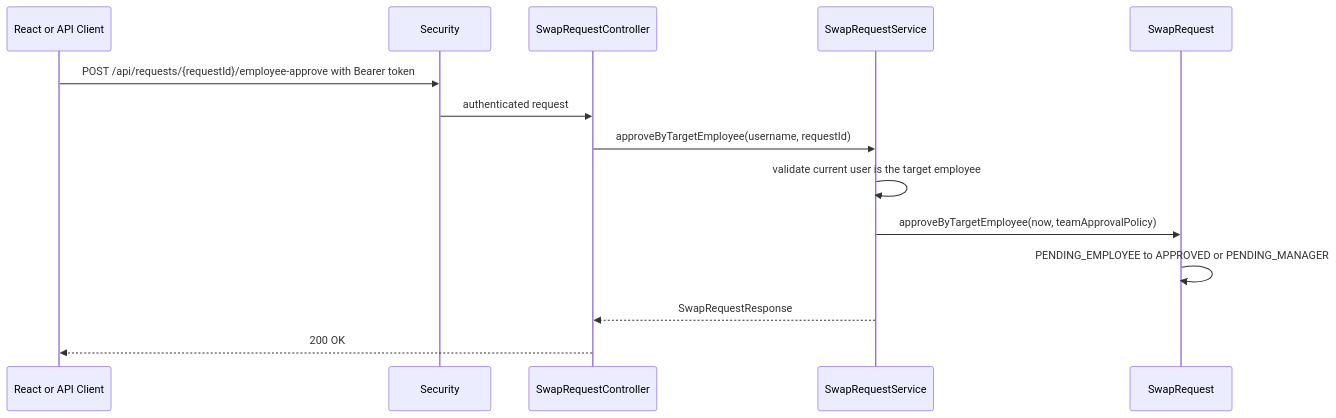
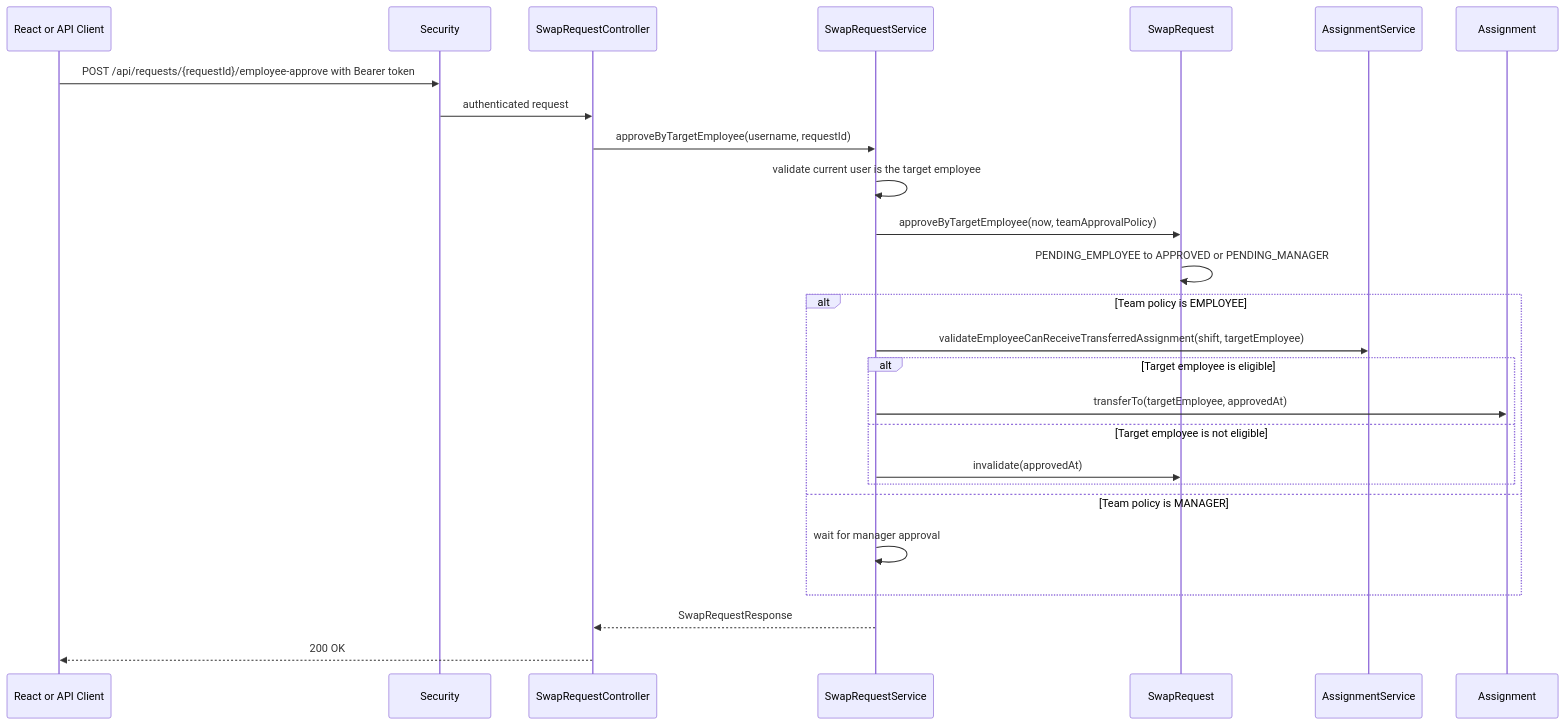
One commit to HiliMor/shift-management-system changed diagram 17 of 18 in docs/current-backend-architecture.md. Above: the diagram before and after it, drawn with Mermaid. The commit also changed 11 other files, not shown here.

Commit message:
Transfer requests: execute employee-policy transfers

````diff
--- a/docs/current-backend-architecture.md
+++ b/docs/current-backend-architecture.md
@@ -589,17 +589,29 @@
 ```mermaid
 sequenceDiagram
     participant Client as React or API Client
     participant Security
     participant SwapRequestController
     participant SwapRequestService
     participant SwapRequest
+    participant AssignmentService
+    participant Assignment
 
     Client->>Security: POST /api/requests/{requestId}/employee-approve with Bearer token
     Security->>SwapRequestController: authenticated request
     SwapRequestController->>SwapRequestService: approveByTargetEmployee(username, requestId)
     SwapRequestService->>SwapRequestService: validate current user is the target employee
     SwapRequestService->>SwapRequest: approveByTargetEmployee(now, teamApprovalPolicy)
     SwapRequest->>SwapRequest: PENDING_EMPLOYEE to APPROVED or PENDING_MANAGER
+    alt Team policy is EMPLOYEE
+        SwapRequestService->>AssignmentService: validateEmployeeCanReceiveTransferredAssignment(shift, targetEmployee)
+        alt Target employee is eligible
+            SwapRequestService->>Assignment: transferTo(targetEmployee, approvedAt)
+        else Target employee is not eligible
+            SwapRequestService->>SwapRequest: invalidate(approvedAt)
+        end
+    else Team policy is MANAGER
+        SwapRequestService->>SwapRequestService: wait for manager approval
+    end
     SwapRequestService-->>SwapRequestController: SwapRequestResponse
     SwapRequestController-->>Client: 200 OK
 ```
````
